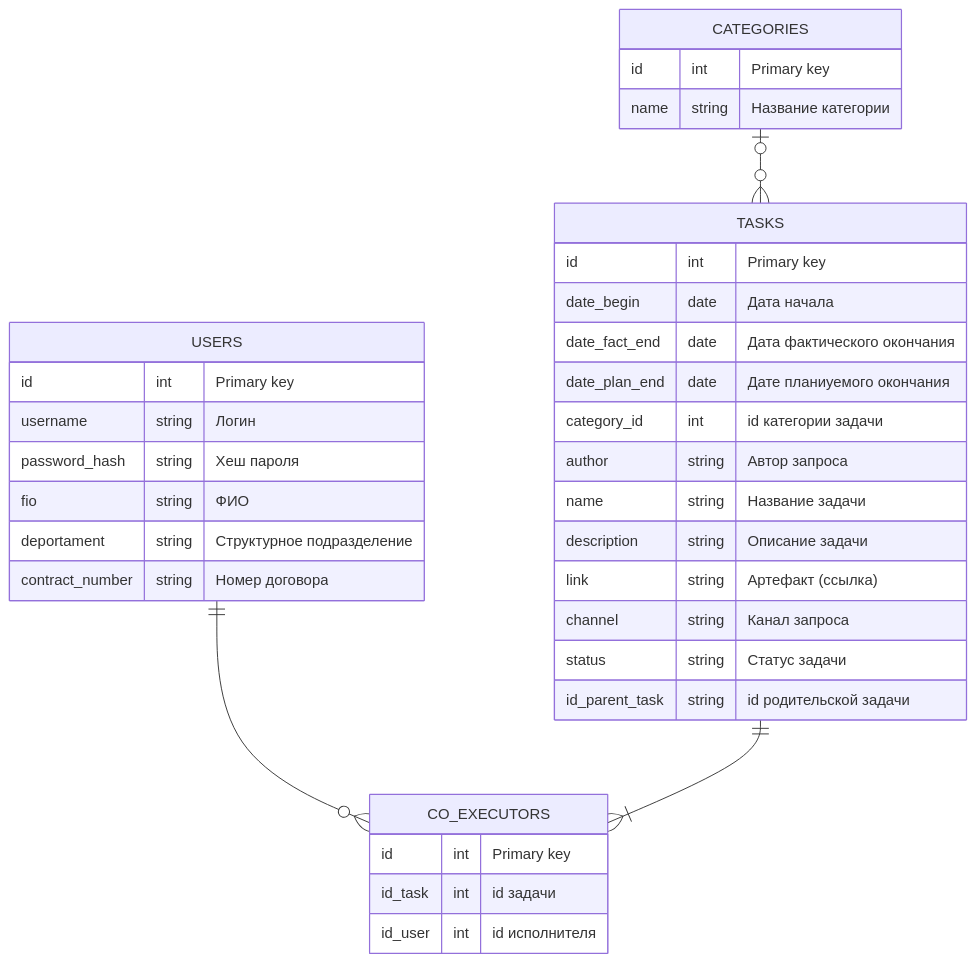
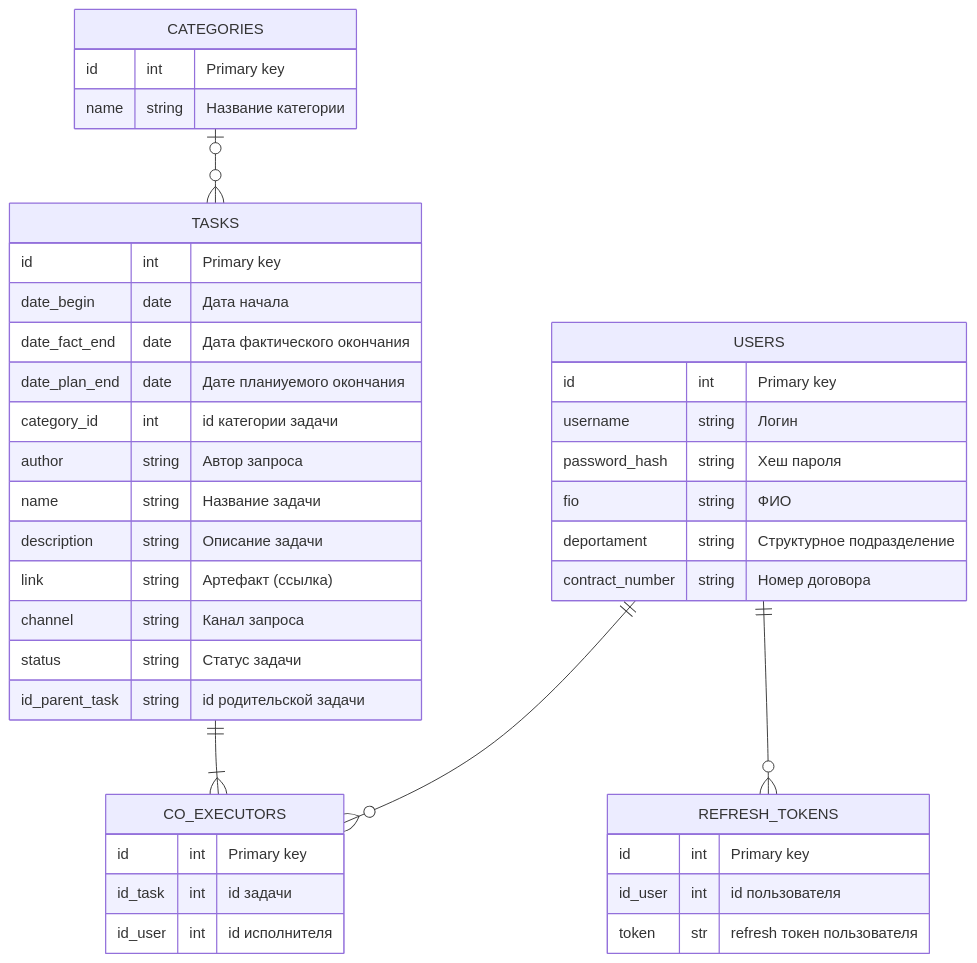
Before and after one commit to uells/TaskManager: the diagram in docs/database.md, drawn with Mermaid.

Commit message:
feature(docs): Обновлена схема БД

````diff
--- a/docs/database.md
+++ b/docs/database.md
@@ -1,41 +1,49 @@
 ```mermaid
 erDiagram
     USERS ||--o{ CO_EXECUTORS : ""
+    USERS ||--o{ REFRESH_TOKENS : ""
     TASKS ||--|{ CO_EXECUTORS : ""
     CATEGORIES |o--o{ TASKS : ""
+    
 
     USERS {
         id int "Primary key"
         username string "Логин"
         password_hash string "Хеш пароля"
         fio string "ФИО"
         deportament string "Структурное подразделение"
         contract_number string "Номер договора"
     }
 
     TASKS {
         id int "Primary key"
         date_begin date "Дата начала"
         date_fact_end date "Дата фактического окончания"
         date_plan_end date "Дате планиуемого окончания"
         category_id int "id категории задачи"
         author string "Автор запроса"
         name string "Название задачи"
         description string "Описание задачи"
         link string "Артефакт (ссылка)"
         channel string "Канал запроса"
         status string "Статус задачи"
         id_parent_task string "id родительской задачи"
     }
 
     CATEGORIES {
         id int "Primary key"
         name string "Название категории"
     }
 
     CO_EXECUTORS {
         id int "Primary key"
         id_task int "id задачи"
         id_user int "id исполнителя"
     }
+
+    REFRESH_TOKENS {
+        id int "Primary key"
+        id_user int "id пользователя"
+        token str "refresh токен пользователя"
+    }
 ```
````
